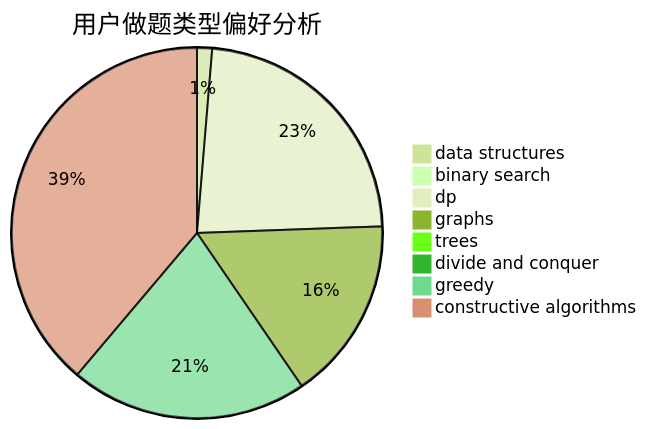
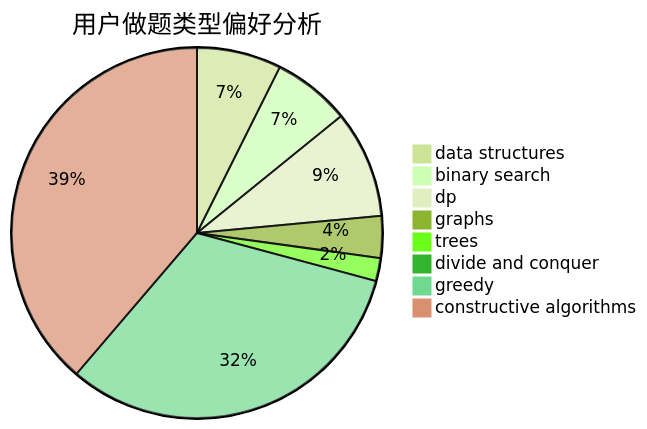
The second of 3 diagrams in docs/user/u2753.md (sherpahu/cfrs.github.io), drawn with Mermaid (forest theme) before and after one commit. The commit also changed other lines of this file and 2770 other files, not shown here.

````diff
--- a/docs/user/u2753.md
+++ b/docs/user/u2753.md
@@ -23,11 +23,11 @@
 ```mermaid
 pie title 用户做题类型偏好分析
-    "data structures" :  22
-    "binary search" :  0
-    "dp" :  387
-    "graphs" :  268
-    "trees" :  0
-    "divide and conquer" :  5
-    "greedy" :  347
-    "constructive algorithms" :  650
+    "data structures" :  111
+    "binary search" :  102
+    "dp" :  141
+    "graphs" :  55
+    "trees" :  30
+    "divide and conquer" :  0
+    "greedy" :  483
+    "constructive algorithms" :  583
 ```
````
